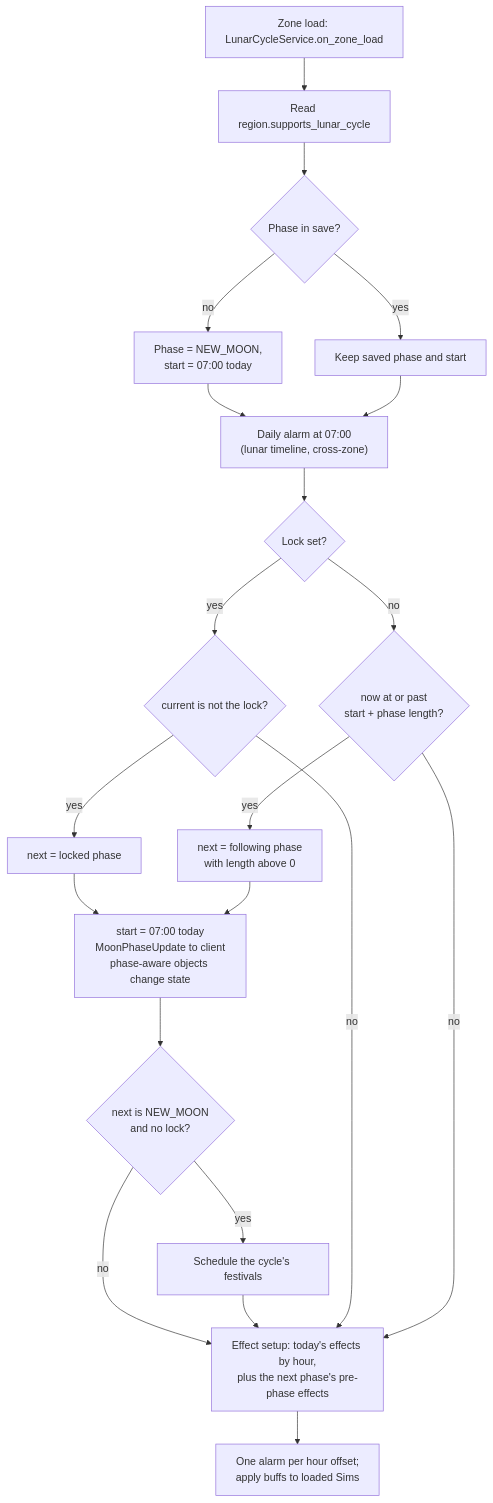
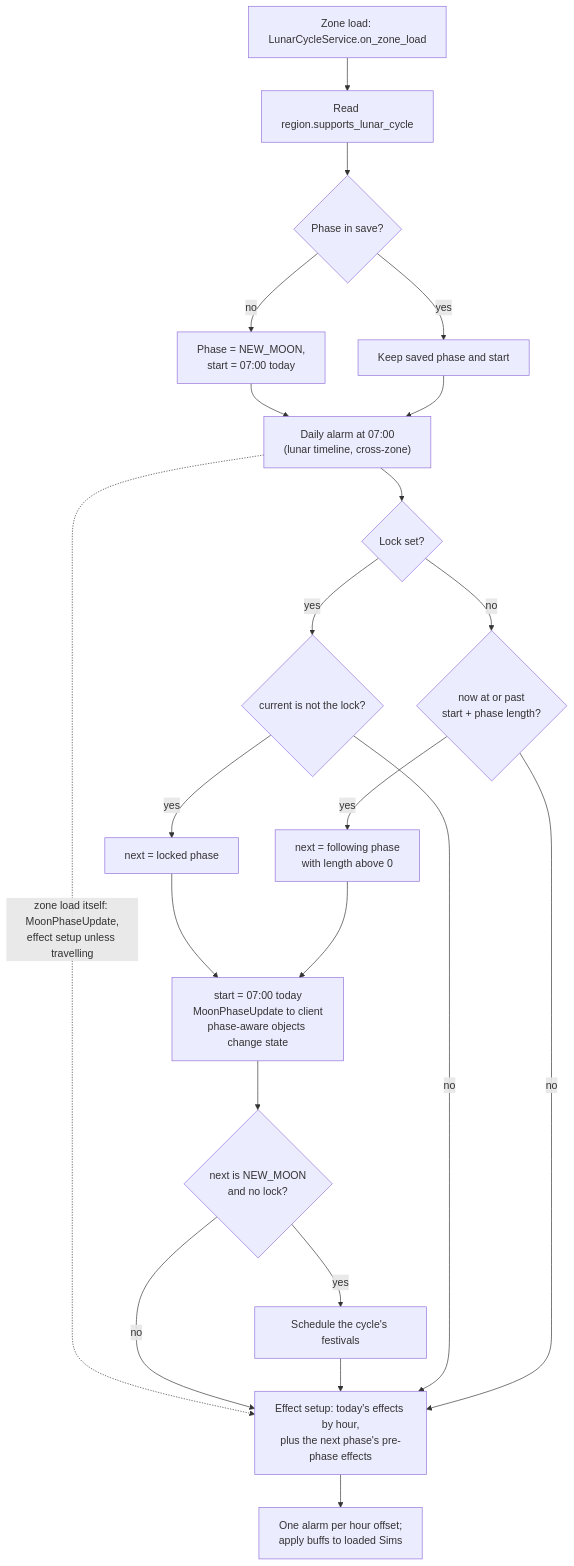
The diagram in src/2.05-sky-and-moon.md (sudo-ezekiel/how-the-sims-4-works), drawn with Mermaid before and after one commit. The commit also changed other lines of this file and 60 other files, not shown here.

````diff
--- a/src/2.05-sky-and-moon.md
+++ b/src/2.05-sky-and-moon.md
@@ -103,23 +104,24 @@
 ```mermaid
 flowchart TD
     Z["Zone load: LunarCycleService.on_zone_load"] --> R["Read region.supports_lunar_cycle"]
     R --> P{"Phase in save?"}
     P -- no --> I["Phase = NEW_MOON,<br/>start = 07:00 today"]
     P -- yes --> K["Keep saved phase and start"]
     I --> A["Daily alarm at 07:00<br/>(lunar timeline, cross-zone)"]
     K --> A
+    A -.->|"zone load itself: MoonPhaseUpdate,<br/>effect setup unless travelling"| X
     A --> C{"Lock set?"}
     C -- yes --> CL{"current is not the lock?"}
     C -- no --> CU{"now at or past<br/>start + phase length?"}
     CL -- yes --> N1["next = locked phase"]
     CU -- yes --> N2["next = following phase<br/>with length above 0"]
     N1 --> S["start = 07:00 today<br/>MoonPhaseUpdate to client<br/>phase-aware objects change state"]
     N2 --> S
     S --> F{"next is NEW_MOON<br/>and no lock?"}
     F -- yes --> E["Schedule the cycle's festivals"]
     F -- no --> X
     E --> X
     CL -- no --> X
     CU -- no --> X
     X["Effect setup: today's effects by hour,<br/>plus the next phase's pre-phase effects"] --> AL["One alarm per hour offset;<br/>apply buffs to loaded Sims"]
 ```
````
